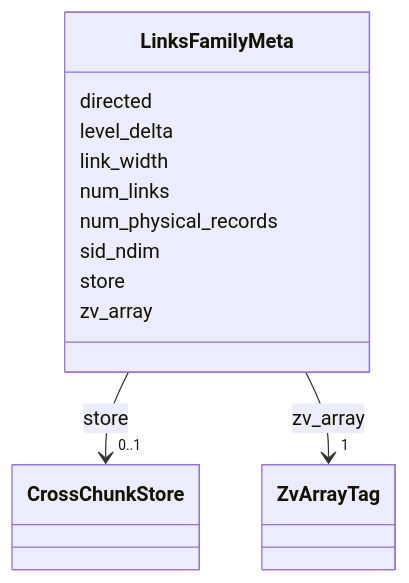
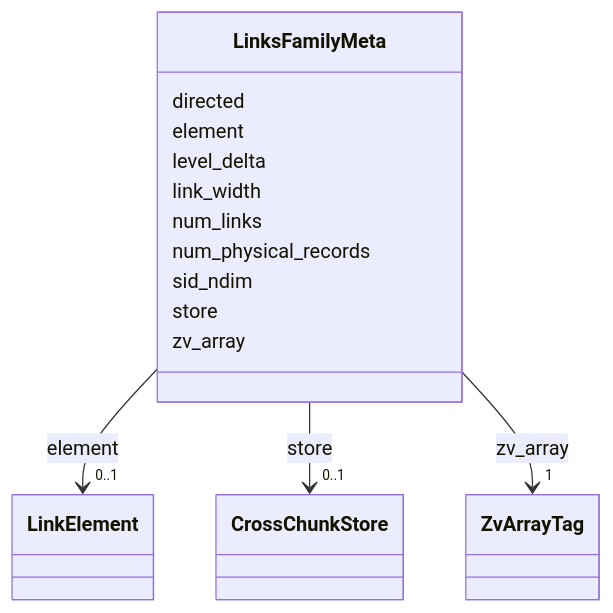
Diagram 13 of 18 in schema/reference.md (AllenInstitute/zarr-vectors-py), drawn with Mermaid before and after one commit. The commit also changed other lines of this file and 13 other files, not shown here.

````diff
--- a/schema/reference.md
+++ b/schema/reference.md
@@ -4133,40 +4222,51 @@
 ```mermaid
  classDiagram
     class LinksFamilyMeta
     click LinksFamilyMeta href "../LinksFamilyMeta/"
       LinksFamilyMeta : directed
+        
+      LinksFamilyMeta : element
+        
+          
+    
+        
+        
+        LinksFamilyMeta --> "0..1" LinkElement : element
+        click LinkElement href "../LinkElement/"
+    
+
         
       LinksFamilyMeta : level_delta
         
       LinksFamilyMeta : link_width
         
       LinksFamilyMeta : num_links
         
       LinksFamilyMeta : num_physical_records
         
       LinksFamilyMeta : sid_ndim
         
       LinksFamilyMeta : store
         
           
     
         
         
         LinksFamilyMeta --> "0..1" CrossChunkStore : store
         click CrossChunkStore href "../CrossChunkStore/"
     
 
         
       LinksFamilyMeta : zv_array
         
           
     
         
         
         LinksFamilyMeta --> "1" ZvArrayTag : zv_array
         click ZvArrayTag href "../ZvArrayTag/"
     
 
         
       
 ```
````
